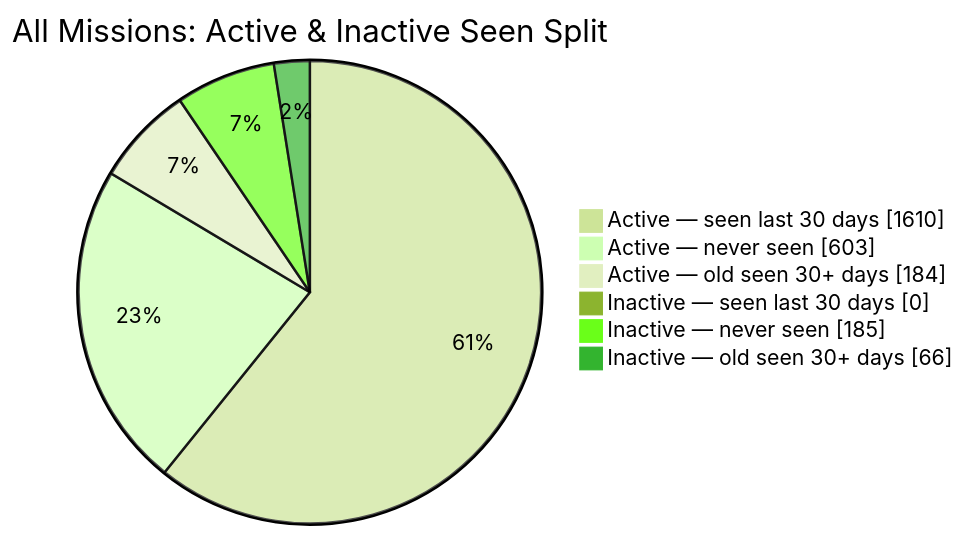
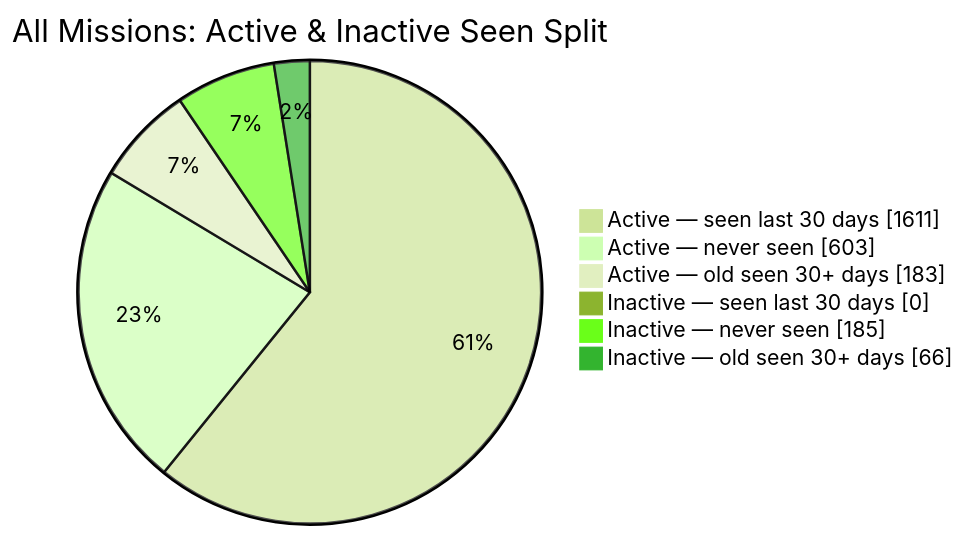
One commit to MeldkamerspelGameTeam/active-missions changed the second of 2 diagrams in README.md. Above: the diagram before and after it, drawn with Mermaid (forest theme). The commit also changed other lines of this file and 3 other files, not shown here.

````diff
--- a/README.md
+++ b/README.md
@@ -44,10 +44,10 @@
 ```mermaid
 pie showData
     title All Missions: Active & Inactive Seen Split
-    "Active — seen last 30 days" : 1610
+    "Active — seen last 30 days" : 1611
     "Active — never seen" : 603
-    "Active — old seen 30+ days" : 184
+    "Active — old seen 30+ days" : 183
     "Inactive — seen last 30 days" : 0
     "Inactive — never seen" : 185
     "Inactive — old seen 30+ days" : 66
 ```
````
